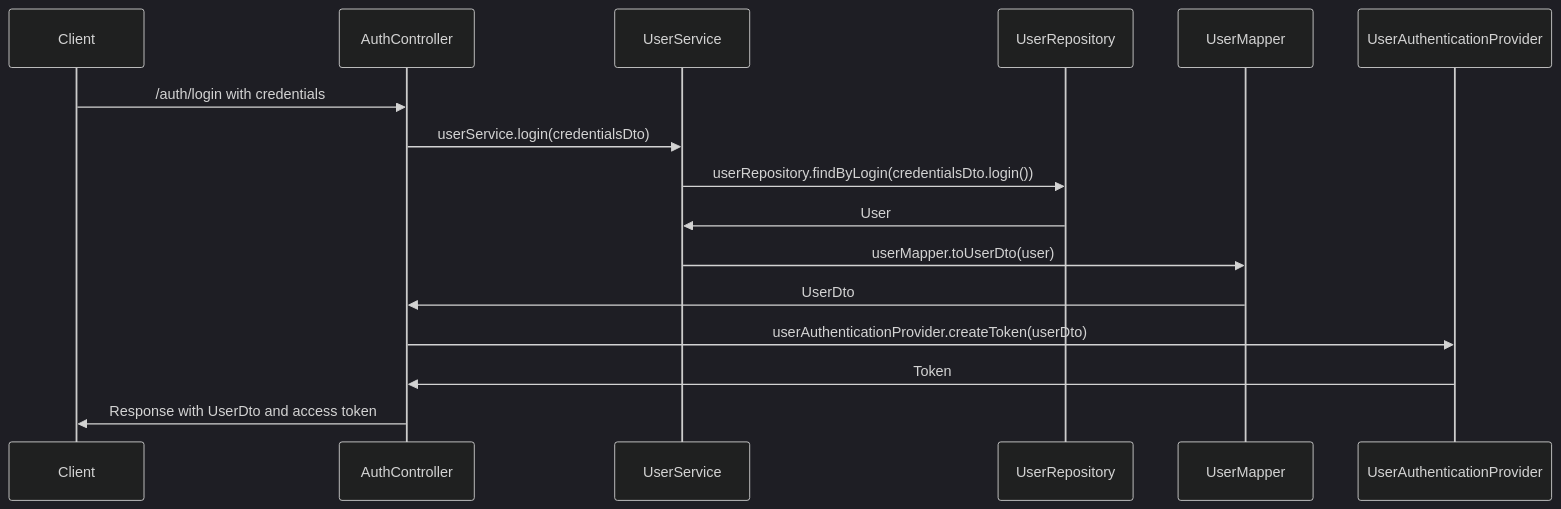
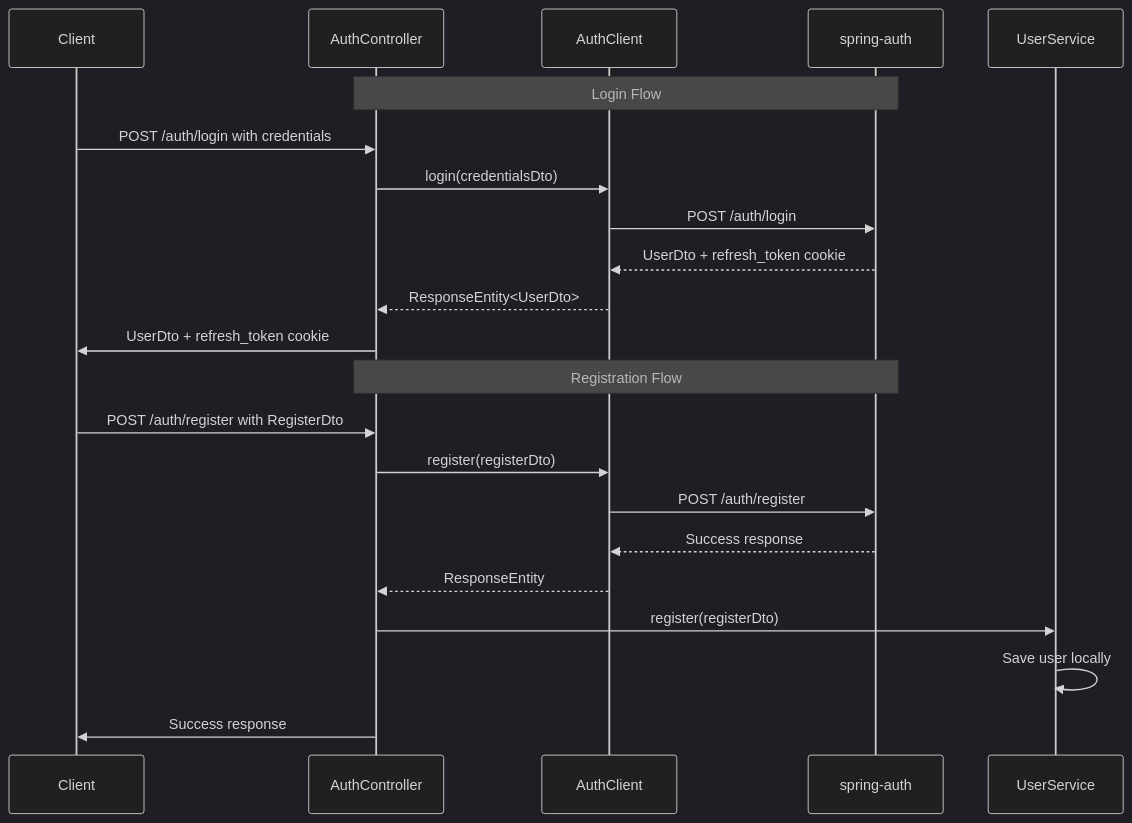
The first of 5 diagrams in doc/process-documentation.md (OrifInformatique/template_frontback), drawn with Mermaid (dark theme) before and after one commit. The commit also changed other lines of this file, not shown here.

````diff
--- a/doc/process-documentation.md
+++ b/doc/process-documentation.md
@@ -112,19 +114,26 @@
 ```mermaid
 sequenceDiagram
     participant Client
     participant AuthController
+    participant AuthClient
+    participant spring-auth
     participant UserService
-    participant UserRepository
-    participant UserMapper
-    participant UserAuthenticationProvider
 
-    Client->>AuthController: /auth/login with credentials
-    AuthController->>UserService: userService.login(credentialsDto)
-    UserService->>UserRepository: userRepository.findByLogin(credentialsDto.login())
-    UserRepository->>UserService: User
-    UserService->>UserMapper: userMapper.toUserDto(user)
-    UserMapper->>AuthController: UserDto
-    AuthController->>UserAuthenticationProvider: userAuthenticationProvider.createToken(userDto)
-    UserAuthenticationProvider->>AuthController: Token
-    AuthController->>Client: Response with UserDto and access token
+    Note over AuthController,spring-auth: Login Flow
+    Client->>AuthController: POST /auth/login with credentials
+    AuthController->>AuthClient: login(credentialsDto)
+    AuthClient->>spring-auth: POST /auth/login
+    spring-auth-->>AuthClient: UserDto + refresh_token cookie
+    AuthClient-->>AuthController: ResponseEntity<UserDto>
+    AuthController->>Client: UserDto + refresh_token cookie
+
+    Note over AuthController,spring-auth: Registration Flow
+    Client->>AuthController: POST /auth/register with RegisterDto
+    AuthController->>AuthClient: register(registerDto)
+    AuthClient->>spring-auth: POST /auth/register
+    spring-auth-->>AuthClient: Success response
+    AuthClient-->>AuthController: ResponseEntity
+    AuthController->>UserService: register(registerDto)
+    UserService->>UserService: Save user locally
+    AuthController->>Client: Success response
 ```
````
